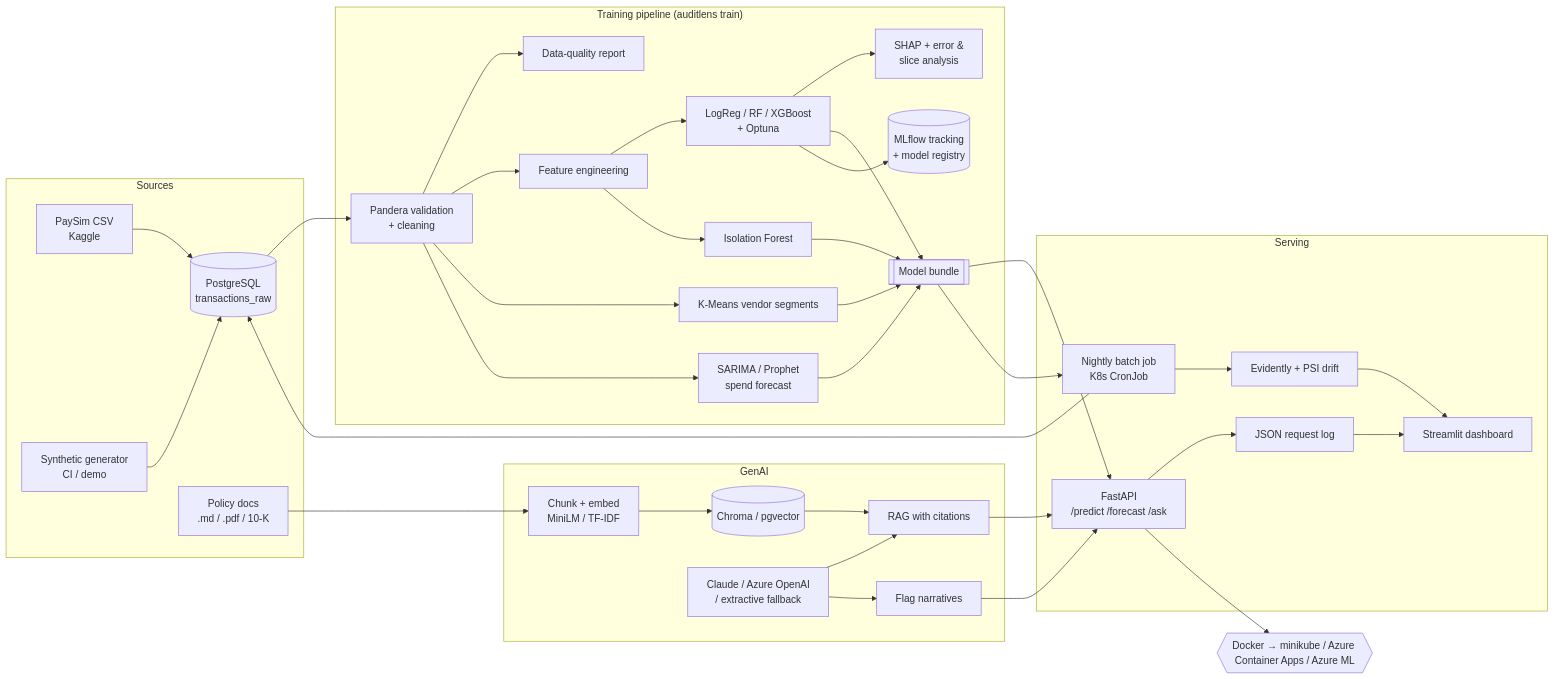
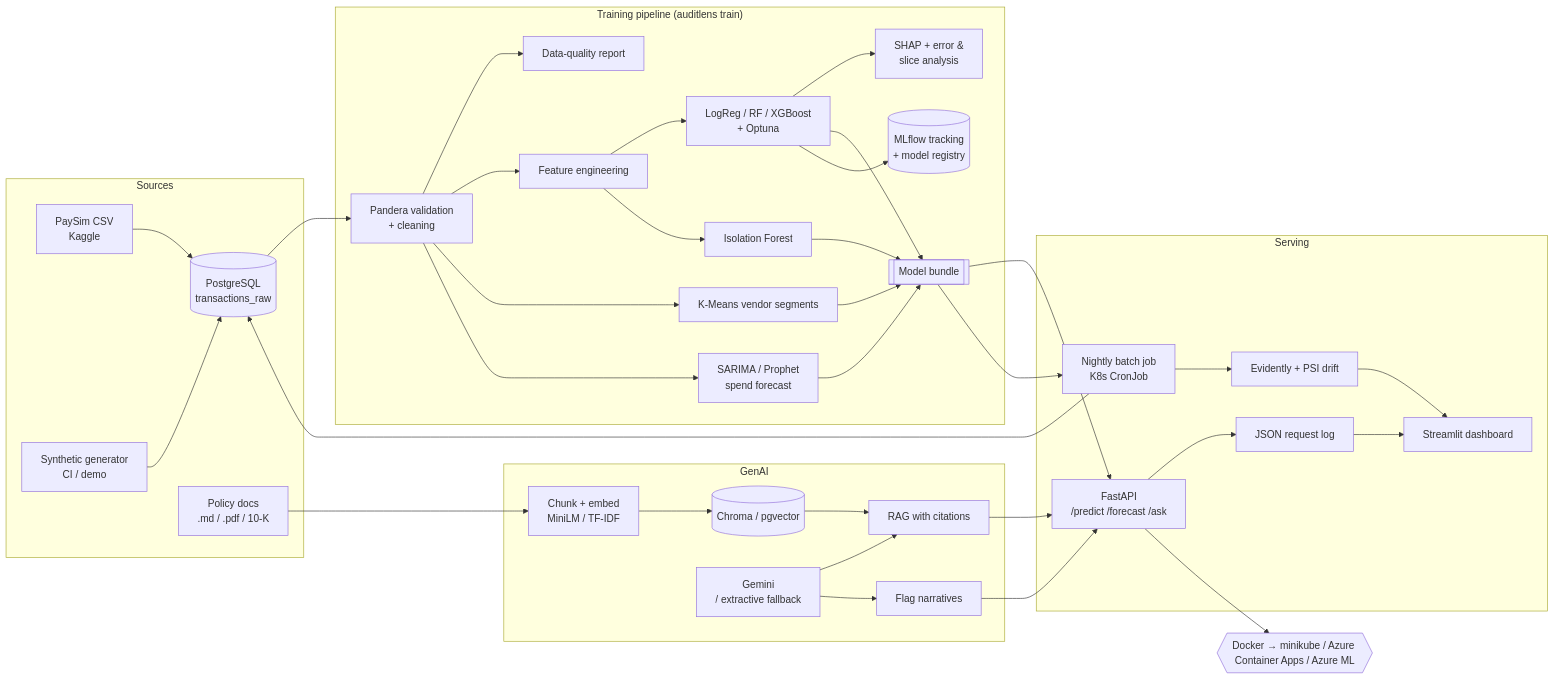
The diagram in docs/architecture.md (nagajaideep/auditlens), drawn with Mermaid before and after one commit. The commit also changed 34 other files, not shown here.

First line of the commit message:
Train on real PaySim data, switch LLM to Gemini

````diff
--- a/docs/architecture.md
+++ b/docs/architecture.md
@@ -3,39 +3,39 @@
 ```mermaid
 flowchart LR
   subgraph Sources
     K[PaySim CSV<br/>Kaggle] --> PG[(PostgreSQL<br/>transactions_raw)]
     G[Synthetic generator<br/>CI / demo] --> PG
     D[Policy docs<br/>.md / .pdf / 10-K]
   end
 
   subgraph Training["Training pipeline (auditlens train)"]
     PG --> V[Pandera validation<br/>+ cleaning] --> Q[Data-quality report]
     V --> F[Feature engineering]
     F --> C[LogReg / RF / XGBoost<br/>+ Optuna]
     F --> A[Isolation Forest]
     V --> KM[K-Means vendor segments]
     V --> FC[SARIMA / Prophet<br/>spend forecast]
     C --> S[SHAP + error &<br/>slice analysis]
     C & A & KM & FC --> B[[Model bundle]]
     C --> ML[(MLflow tracking<br/>+ model registry)]
   end
 
   subgraph GenAI
     D --> CH[Chunk + embed<br/>MiniLM / TF-IDF] --> VS[(Chroma / pgvector)]
     VS --> R[RAG with citations]
-    LLM[Claude / Azure OpenAI<br/>/ extractive fallback] --> R
+    LLM[Gemini<br/>/ extractive fallback] --> R
     LLM --> N[Flag narratives]
   end
 
   subgraph Serving
     B --> API[FastAPI<br/>/predict /forecast /ask]
     R --> API
     N --> API
     B --> BJ[Nightly batch job<br/>K8s CronJob] --> PG
     API --> LOG[JSON request log]
     BJ --> DR[Evidently + PSI drift]
     LOG & DR --> DASH[Streamlit dashboard]
   end
 
   API --> DEP{{Docker → minikube / Azure Container Apps / Azure ML}}
 ```
````
